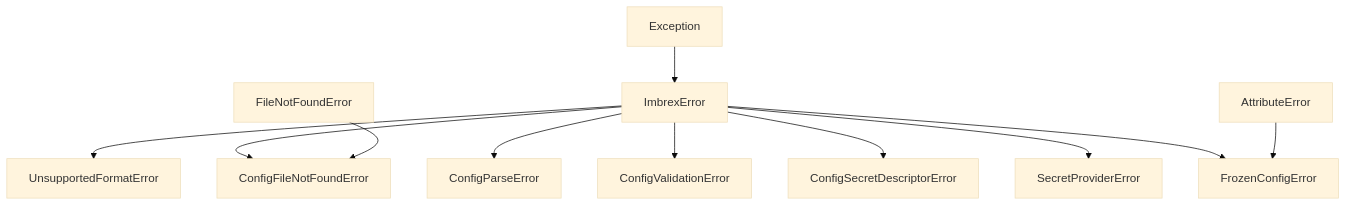
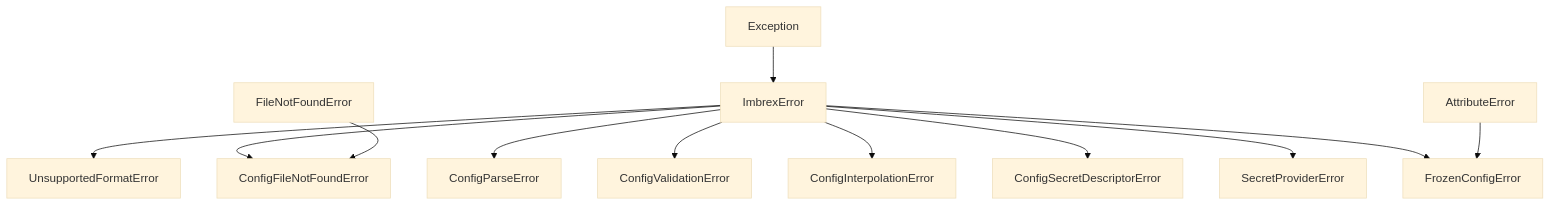
Before and after one commit to hanshannus/imbrex: the diagram in docs/api/exceptions.md, drawn with Mermaid (base theme). The commit also changed other lines of this file and 8 other files, not shown here.

````diff
--- a/docs/api/exceptions.md
+++ b/docs/api/exceptions.md
@@ -8,13 +8,14 @@
 ```mermaid
 graph TD
     Exception --> ImbrexError
     ImbrexError --> UnsupportedFormatError
     ImbrexError --> ConfigFileNotFoundError
     ImbrexError --> ConfigParseError
     ImbrexError --> ConfigValidationError
+    ImbrexError --> ConfigInterpolationError
     ImbrexError --> ConfigSecretDescriptorError
     ImbrexError --> SecretProviderError
     ImbrexError --> FrozenConfigError
     FileNotFoundError --> ConfigFileNotFoundError
     AttributeError --> FrozenConfigError
 ```
````
